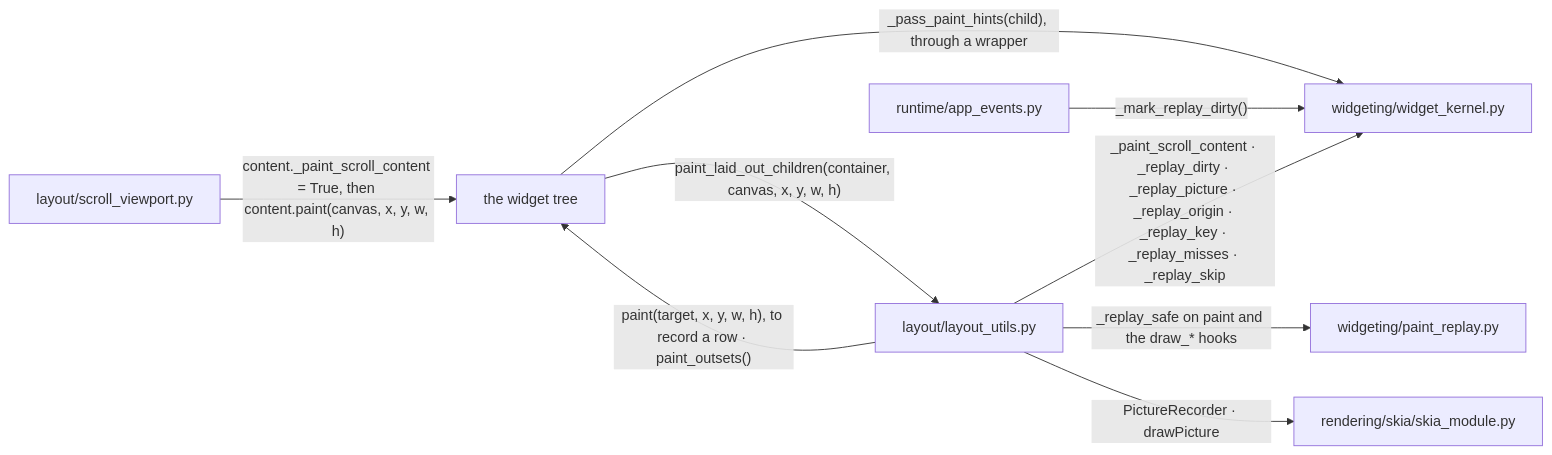
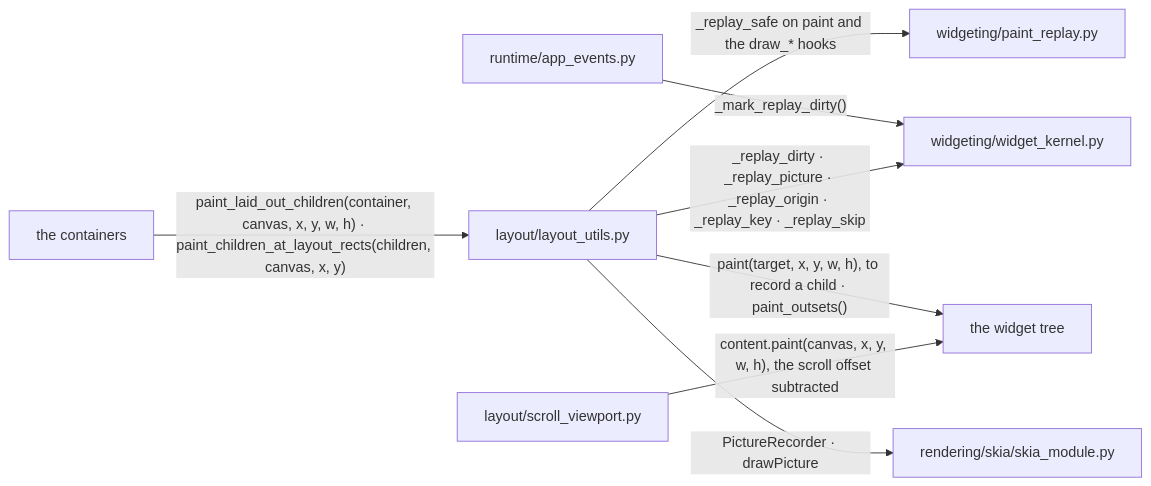
One commit to yuksblog/nuiitivet changed the fifth of 6 diagrams in docs/design/PAINT_CACHE.md. Above: the diagram before and after it, drawn with Mermaid. The commit also changed other lines of this file and 17 other files, not shown here.

````diff
--- a/docs/design/PAINT_CACHE.md
+++ b/docs/design/PAINT_CACHE.md
@@ -151,19 +151,19 @@
 ```mermaid
 flowchart LR
+    containers[the containers]
+    utils[layout/layout_utils.py]
     viewport[layout/scroll_viewport.py]
-    utils[layout/layout_utils.py]
     kernel[widgeting/widget_kernel.py]
     replay[widgeting/paint_replay.py]
     events[runtime/app_events.py]
     tree[the widget tree]
     skia[rendering/skia/skia_module.py]
 
-    viewport -- "content._paint_scroll_content = True, then content.paint(canvas, x, y, w, h)" --> tree
-    tree -- "_pass_paint_hints(child), through a wrapper" --> kernel
-    tree -- "paint_laid_out_children(container, canvas, x, y, w, h)" --> utils
-    utils -- "_paint_scroll_content · _replay_dirty · _replay_picture · _replay_origin · _replay_key · _replay_misses · _replay_skip" --> kernel
+    containers -- "paint_laid_out_children(container, canvas, x, y, w, h) · paint_children_at_layout_rects(children, canvas, x, y)" --> utils
+    viewport -- "content.paint(canvas, x, y, w, h), the scroll offset subtracted" --> tree
+    utils -- "_replay_dirty · _replay_picture · _replay_origin · _replay_key · _replay_skip" --> kernel
     utils -- "_replay_safe on paint and the draw_* hooks" --> replay
-    utils -- "paint(target, x, y, w, h), to record a row · paint_outsets()" --> tree
+    utils -- "paint(target, x, y, w, h), to record a child · paint_outsets()" --> tree
     utils -- "PictureRecorder · drawPicture" --> skia
     events -- "_mark_replay_dirty()" --> kernel
 ```
````
